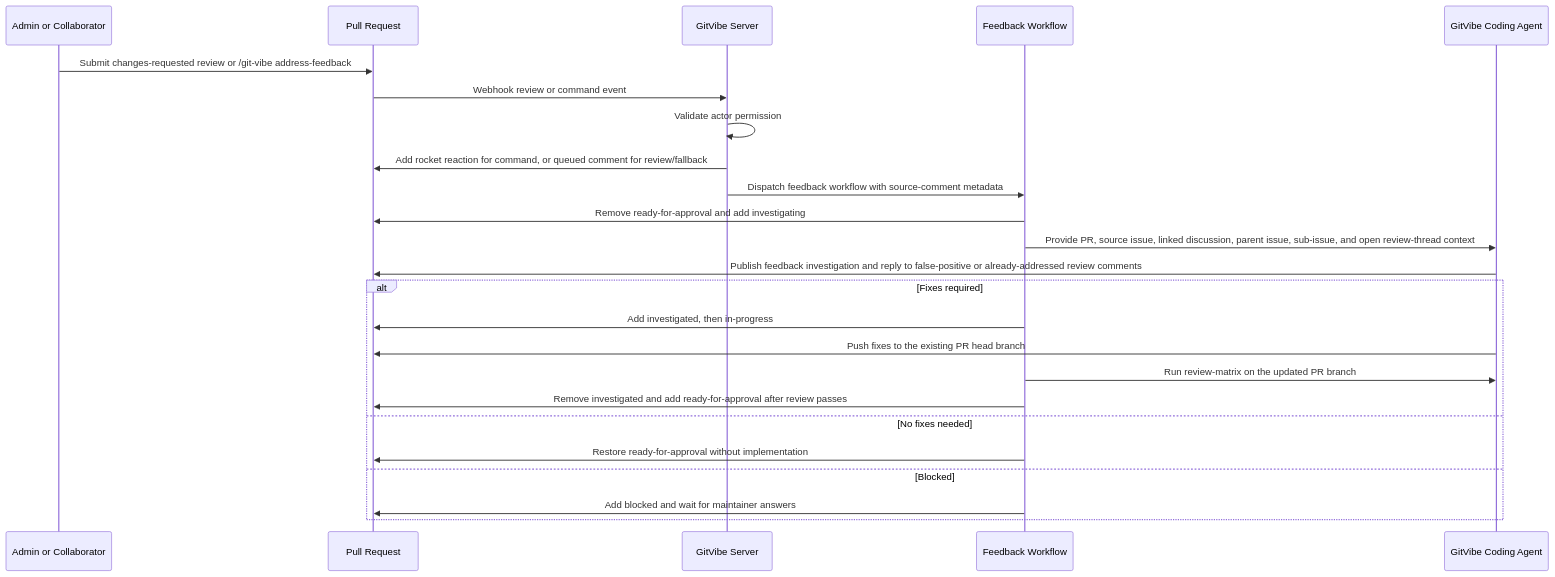
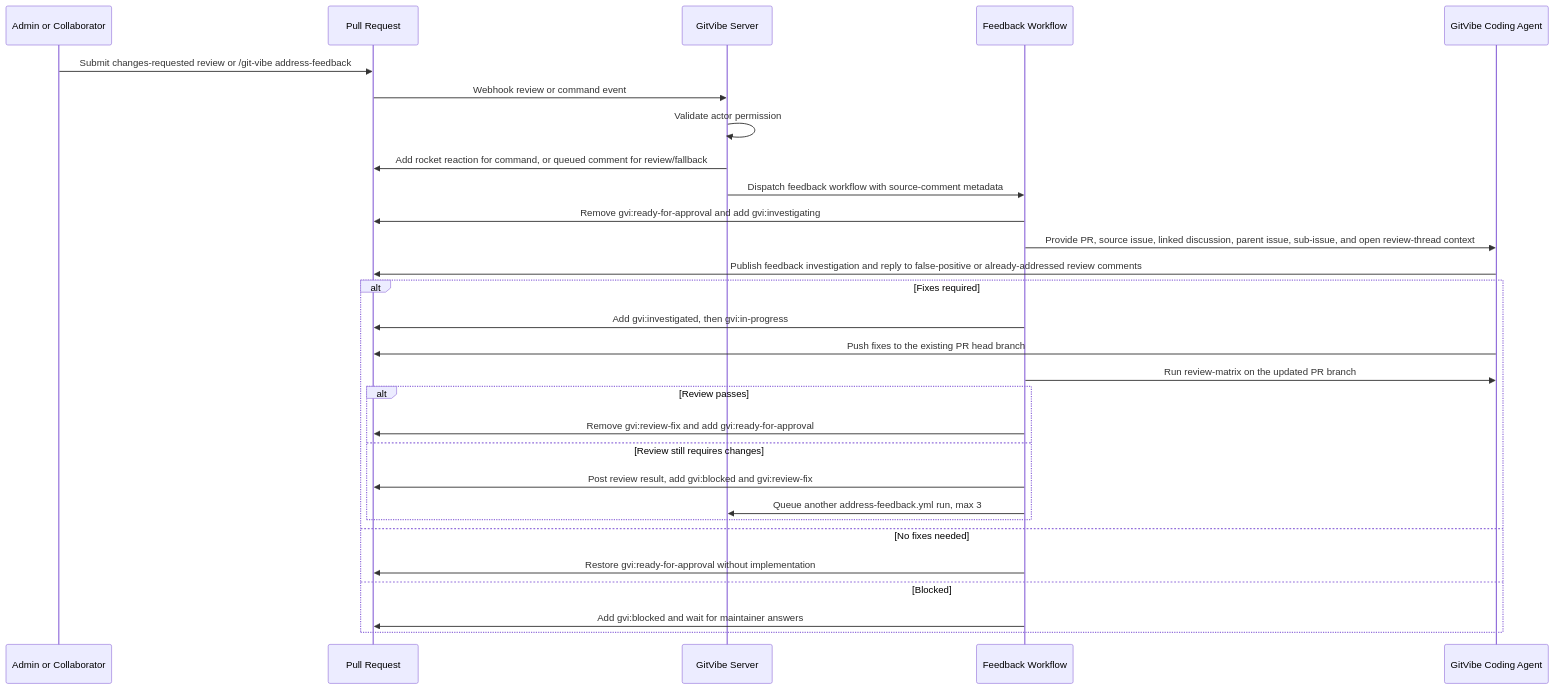
One commit to markhuangai/git-vibe changed the sixth of 6 diagrams in docs/WORKFLOW.md. Above: the diagram before and after it, drawn with Mermaid. The commit also changed other lines of this file and 35 other files, not shown here.

````diff
--- a/docs/WORKFLOW.md
+++ b/docs/WORKFLOW.md
@@ -375,27 +377,32 @@
 ```mermaid
 sequenceDiagram
   participant M as Admin or Collaborator
   participant PR as Pull Request
   participant App as GitVibe Server
   participant WF as Feedback Workflow
   participant Agent as GitVibe Coding Agent
 
   M->>PR: Submit changes-requested review or /git-vibe address-feedback
   PR->>App: Webhook review or command event
   App->>App: Validate actor permission
   App->>PR: Add rocket reaction for command, or queued comment for review/fallback
   App->>WF: Dispatch feedback workflow with source-comment metadata
-  WF->>PR: Remove ready-for-approval and add investigating
+  WF->>PR: Remove gvi:ready-for-approval and add gvi:investigating
   WF->>Agent: Provide PR, source issue, linked discussion, parent issue, sub-issue, and open review-thread context
   Agent->>PR: Publish feedback investigation and reply to false-positive or already-addressed review comments
   alt Fixes required
-    WF->>PR: Add investigated, then in-progress
+    WF->>PR: Add gvi:investigated, then gvi:in-progress
     Agent->>PR: Push fixes to the existing PR head branch
     WF->>Agent: Run review-matrix on the updated PR branch
-    WF->>PR: Remove investigated and add ready-for-approval after review passes
+    alt Review passes
+      WF->>PR: Remove gvi:review-fix and add gvi:ready-for-approval
+    else Review still requires changes
+      WF->>PR: Post review result, add gvi:blocked and gvi:review-fix
+      WF->>App: Queue another address-feedback.yml run, max 3
+    end
   else No fixes needed
-    WF->>PR: Restore ready-for-approval without implementation
+    WF->>PR: Restore gvi:ready-for-approval without implementation
   else Blocked
-    WF->>PR: Add blocked and wait for maintainer answers
+    WF->>PR: Add gvi:blocked and wait for maintainer answers
   end
 ```
````
